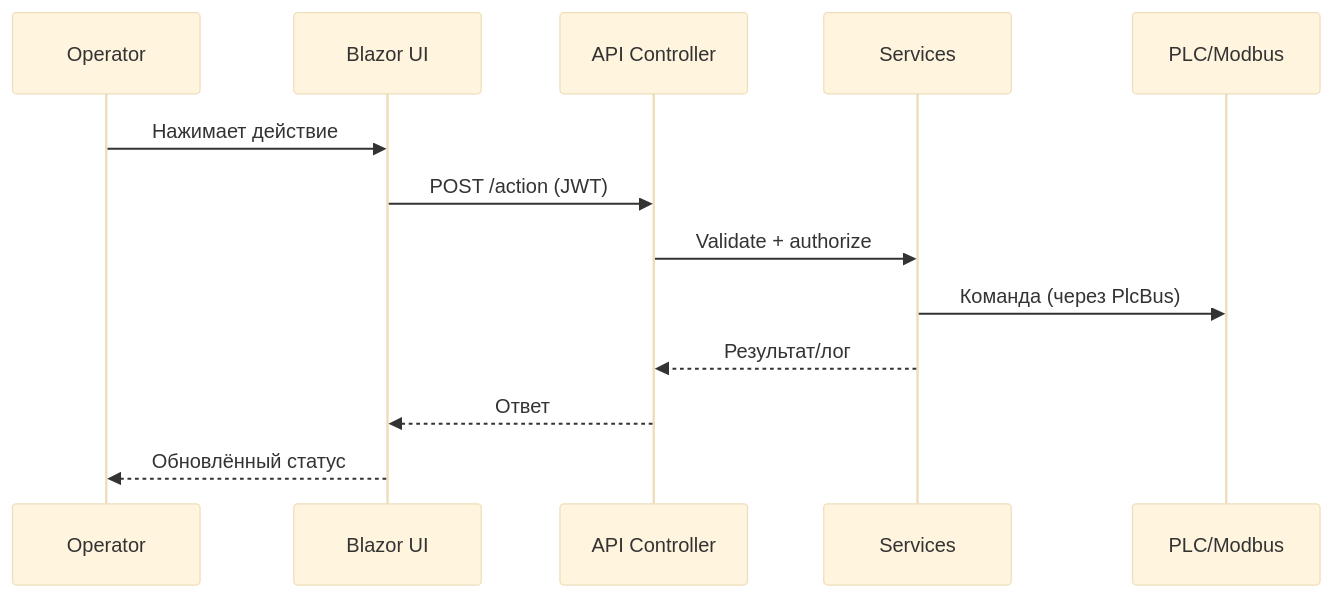
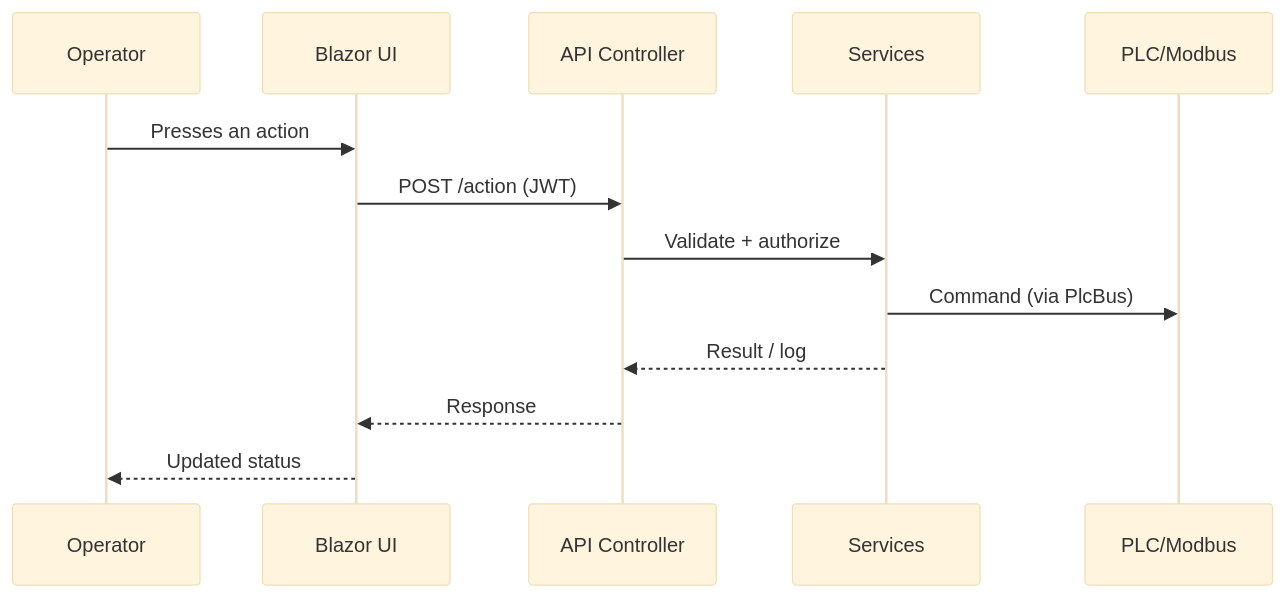
One commit to qomad13/BlazorWagonControlPanel-showcase changed the second of 3 diagrams in docs/DIAGRAMS.md. Above: the diagram before and after it, drawn with Mermaid (base theme). The commit also changed other lines of this file, not shown here.

Commit message:
Translate diagrams to English

````diff
--- a/docs/DIAGRAMS.md
+++ b/docs/DIAGRAMS.md
@@ -16,15 +16,15 @@
 ```mermaid
 sequenceDiagram
   participant Operator
   participant UI as Blazor UI
   participant API as API Controller
   participant S as Services
   participant PLC as PLC/Modbus
-  Operator->>UI: Нажимает действие
+  Operator->>UI: Presses an action
   UI->>API: POST /action (JWT)
   API->>S: Validate + authorize
-  S->>PLC: Команда (через PlcBus)
-  S-->>API: Результат/лог
-  API-->>UI: Ответ
-  UI-->>Operator: Обновлённый статус
+  S->>PLC: Command (via PlcBus)
+  S-->>API: Result / log
+  API-->>UI: Response
+  UI-->>Operator: Updated status
 ```
````
